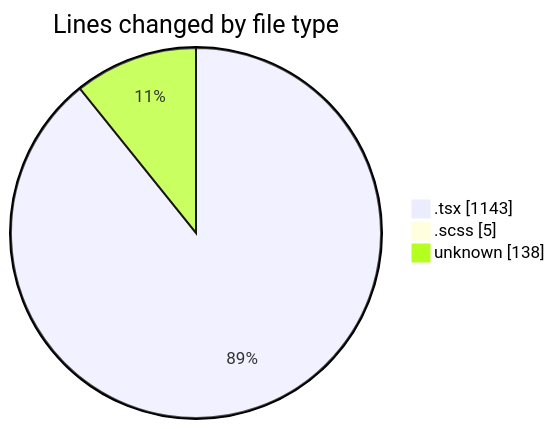
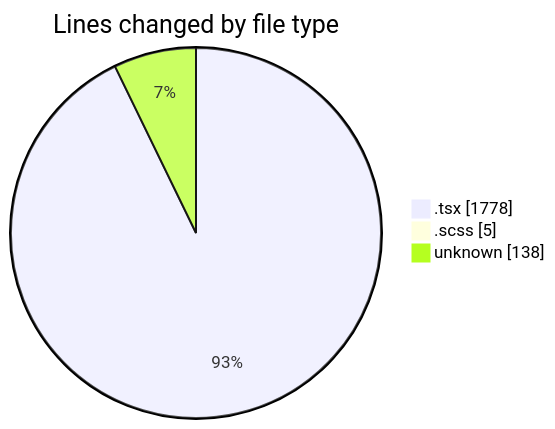
Before and after one commit to momahboobian/code-tracking: the first of 2 diagrams in 2026-10-13/cda/README.md, drawn with Mermaid. The commit also changed other lines of this file and 1 other file, not shown here.

````diff
--- a/2026-10-13/cda/README.md
+++ b/2026-10-13/cda/README.md
@@ -30,7 +33,7 @@
 ```mermaid
 pie showData
 title Lines changed by file type
-".tsx" : 1143
+".tsx" : 1778
 ".scss" : 5
 "unknown" : 138
 ```
````
